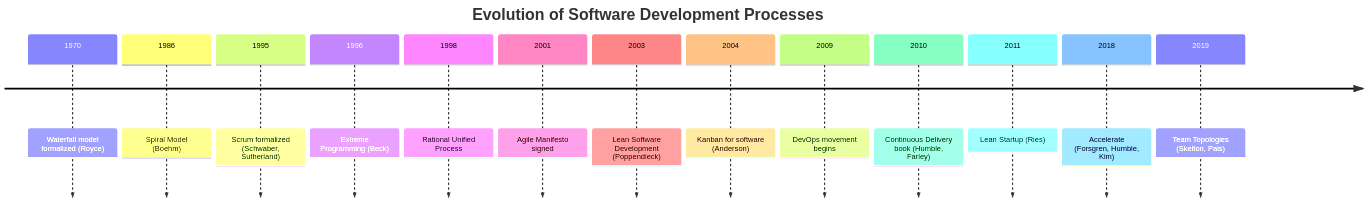
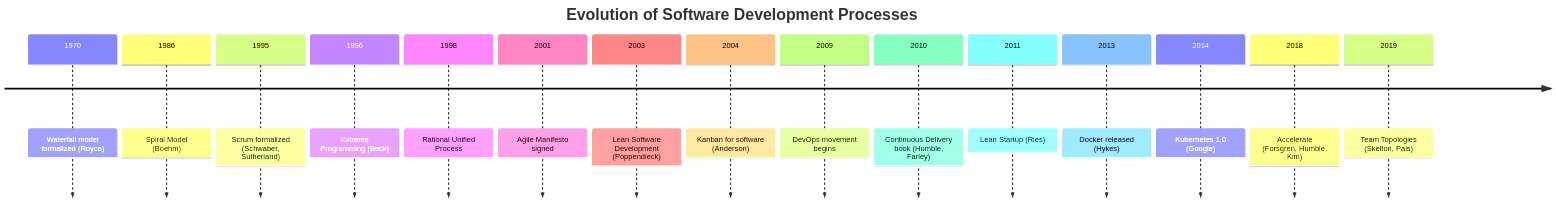
The second of 7 diagrams in docs/maps/process-map.md (akardapolov/software-atlas), drawn with Mermaid before and after one commit. The commit also changed other lines of this file and 24 other files, not shown here.

````diff
--- a/docs/maps/process-map.md
+++ b/docs/maps/process-map.md
@@ -47,18 +51,20 @@
 ```mermaid
 timeline
     title Evolution of Software Development Processes
 
     1970 : Waterfall model formalized (Royce)
     1986 : Spiral Model (Boehm)
     1995 : Scrum formalized (Schwaber, Sutherland)
     1996 : Extreme Programming (Beck)
     1998 : Rational Unified Process
     2001 : Agile Manifesto signed
     2003 : Lean Software Development (Poppendieck)
     2004 : Kanban for software (Anderson)
     2009 : DevOps movement begins
     2010 : Continuous Delivery book (Humble, Farley)
     2011 : Lean Startup (Ries)
+    2013 : Docker released (Hykes)
+    2014 : Kubernetes 1.0 (Google)
     2018 : Accelerate (Forsgren, Humble, Kim)
     2019 : Team Topologies (Skelton, Pais)
 ```
````
